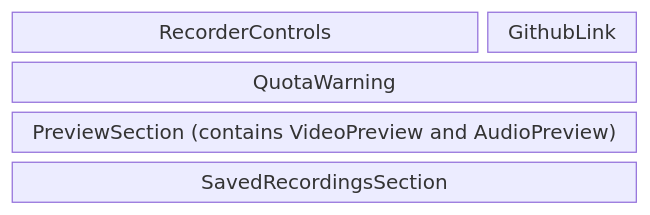
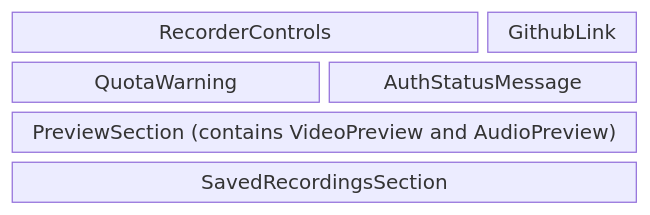
One commit to fknauf/ise-recorder changed the third of 4 diagrams in frontend/doc/README.md. Above: the diagram before and after it, drawn with Mermaid. The commit also changed other lines of this file and 18 other files, not shown here.

````diff
--- a/frontend/doc/README.md
+++ b/frontend/doc/README.md
@@ -197,8 +212,8 @@
 ```mermaid
 block
 columns 4
 controls["RecorderControls"]:3 ghlink["GithubLink"]
-quota["QuotaWarning"]:4
+quota["QuotaWarning"]:2 auth_status["AuthStatusMessage"]:2
 previews["PreviewSection (contains VideoPreview and AudioPreview)"]:4
 recordings["SavedRecordingsSection"]:4
 ```
````
